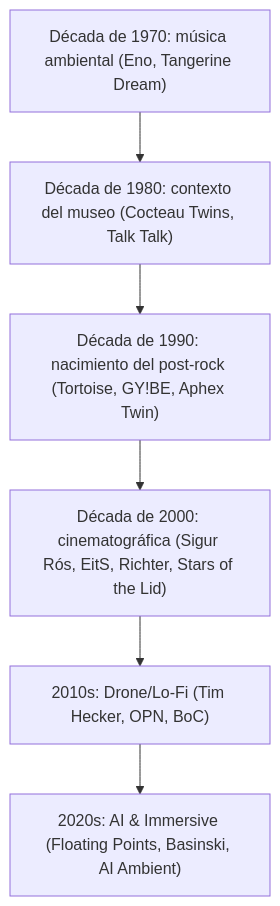
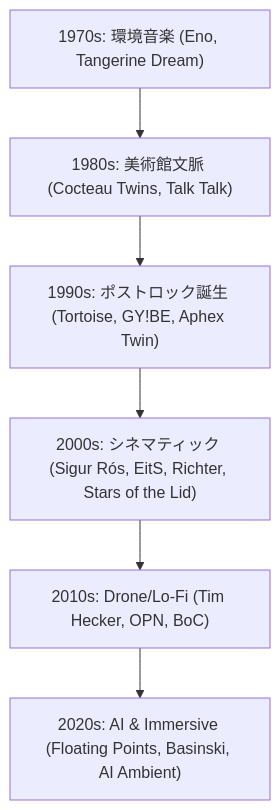
One commit to monumental-movement/monumental-movement.github.io changed the diagram in es/_posts/2025-09-19-Column-Post-Rock-Ambient-History.md. Above: the diagram before and after it, drawn with Mermaid. The commit also changed other lines of this file and 299 other files, not shown here.

```diff
--- a/es/_posts/2025-09-19-Column-Post-Rock-Ambient-History.md
+++ b/es/_posts/2025-09-19-Column-Post-Rock-Ambient-History.md
@@ -162,11 +162,11 @@
 <div class="mermaid">
 flowchart TD
-    A1970["Década de 1970: música ambiental (Eno, Tangerine Dream)"]
-    A1980["Década de 1980: contexto del museo (Cocteau Twins, Talk Talk)"]
-    A1990["Década de 1990: nacimiento del post-rock (Tortoise, GY!BE, Aphex Twin)"]
-    A2000["Década de 2000: cinematográfica (Sigur Rós, EitS, Richter, Stars of the Lid)"]
+    A1970["1970s: 環境音楽 (Eno, Tangerine Dream)"]
+    A1980["1980s: 美術館文脈 (Cocteau Twins, Talk Talk)"]
+    A1990["1990s: ポストロック誕生 (Tortoise, GY!BE, Aphex Twin)"]
+    A2000["2000s: シネマティック (Sigur Rós, EitS, Richter, Stars of the Lid)"]
     A2010["2010s: Drone/Lo-Fi (Tim Hecker, OPN, BoC)"]
     A2020["2020s: AI & Immersive (Floating Points, Basinski, AI Ambient)"]
 
     A1970 --> A1980 --> A1990 --> A2000 --> A2010 --> A2020
 </div>
```
